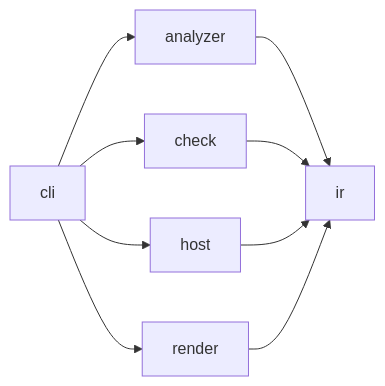
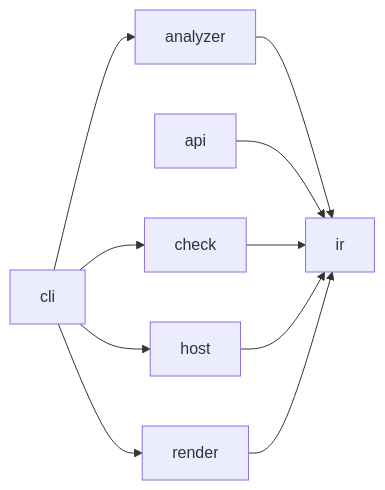
Before and after one commit to rapiddweller/archkeel: the first of 2 diagrams in docs/architecture/archkeel.md, drawn with Mermaid. The commit also changed other lines of this file and 12 other files, not shown here.

````diff
--- a/docs/architecture/archkeel.md
+++ b/docs/architecture/archkeel.md
@@ -112,11 +115,12 @@
 ```mermaid
 flowchart LR
     analyzer --> ir
+    api --> ir
     check --> ir
     cli --> analyzer
     cli --> check
     cli --> host
     cli --> render
     host --> ir
     render --> ir
 ```
````
